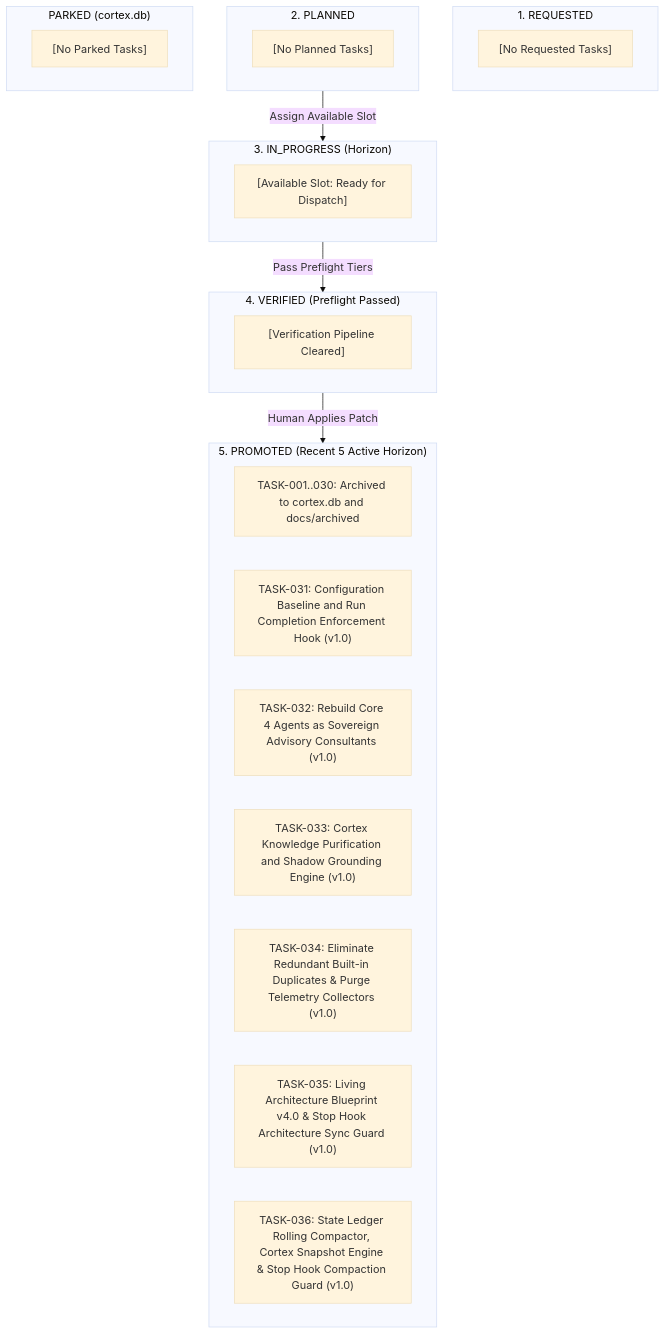
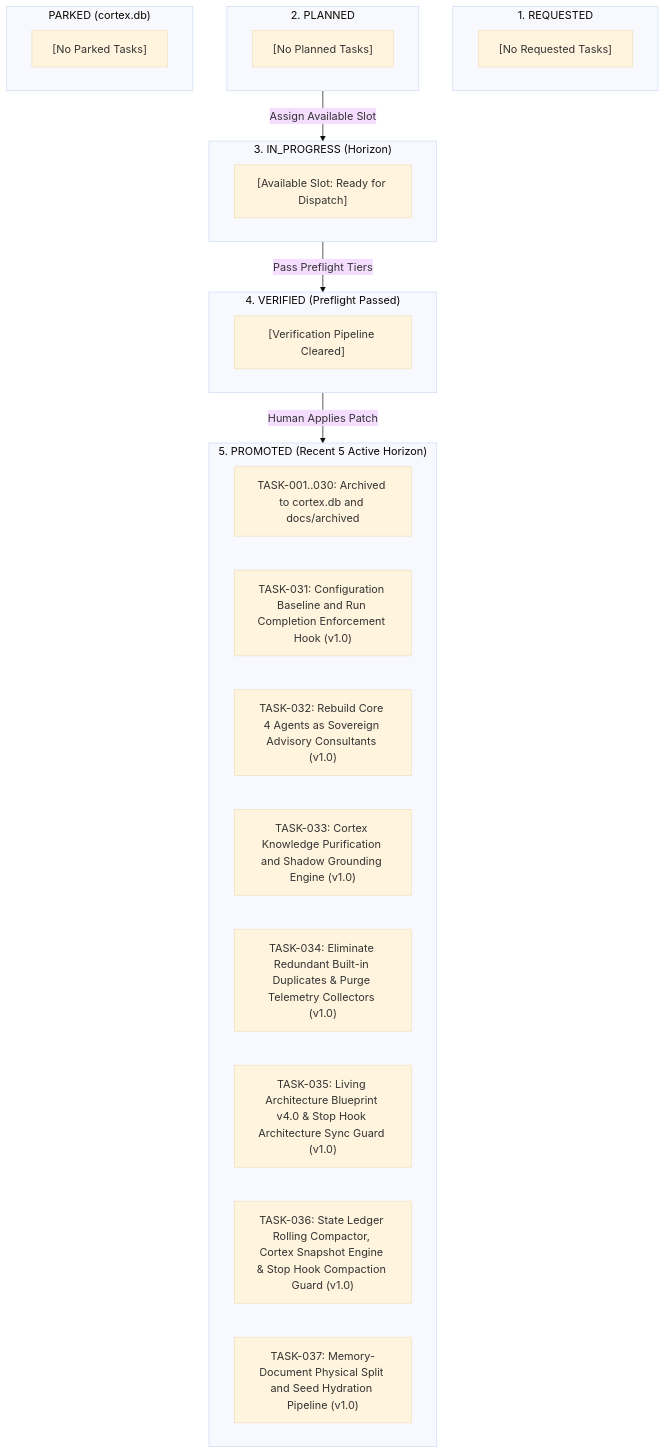
One commit to jinseobhong/antigravity-autopoiesis changed the third of 4 diagrams in docs/active/CURRENT_STATE.md. Above: the diagram before and after it, drawn with Mermaid (base theme). The commit also changed other lines of this file and 11 other files, not shown here.

Commit message:
feat(cortex): implement memory and document physical segregation with seed hydration (TASK-037)

````diff
--- a/docs/active/CURRENT_STATE.md
+++ b/docs/active/CURRENT_STATE.md
@@ -130,36 +130,37 @@
 ```mermaid
 flowchart TD
     subgraph ColRequested ["1. REQUESTED"]
         REQ_100["[No Requested Tasks]"]
     end
 
     subgraph ColPlanned ["2. PLANNED"]
         PLN_100["[No Planned Tasks]"]
     end
 
     subgraph ColParked ["PARKED (cortex.db)"]
         PRK_100["[No Parked Tasks]"]
     end
 
     subgraph ColActive ["3. IN_PROGRESS (Horizon)"]
         ACT_100["[Available Slot: Ready for Dispatch]"]
     end
 
     subgraph ColVerified ["4. VERIFIED (Preflight Passed)"]
         VER_100["[Verification Pipeline Cleared]"]
     end
 
     subgraph ColPromoted ["5. PROMOTED (Recent 5 Active Horizon)"]
         PRM_ARCH["TASK-001..030: Archived to cortex.db and docs/archived"]
         PRM_131["TASK-031: Configuration Baseline and Run Completion Enforcement Hook (v1.0)"]
         PRM_132["TASK-032: Rebuild Core 4 Agents as Sovereign Advisory Consultants (v1.0)"]
         PRM_133["TASK-033: Cortex Knowledge Purification and Shadow Grounding Engine (v1.0)"]
         PRM_134["TASK-034: Eliminate Redundant Built-in Duplicates & Purge Telemetry Collectors (v1.0)"]
         PRM_135["TASK-035: Living Architecture Blueprint v4.0 & Stop Hook Architecture Sync Guard (v1.0)"]
         PRM_136["TASK-036: State Ledger Rolling Compactor, Cortex Snapshot Engine & Stop Hook Compaction Guard (v1.0)"]
+        PRM_137["TASK-037: Memory-Document Physical Split and Seed Hydration Pipeline (v1.0)"]
     end
 
     ColPlanned -->|"Assign Available Slot"| ColActive
     ColActive -->|"Pass Preflight Tiers"| ColVerified
     ColVerified -->|"Human Applies Patch"| ColPromoted
 ```
````
